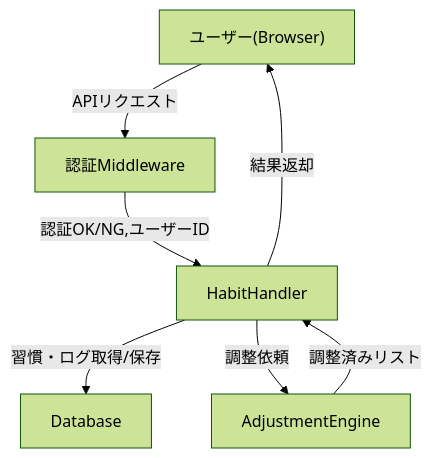
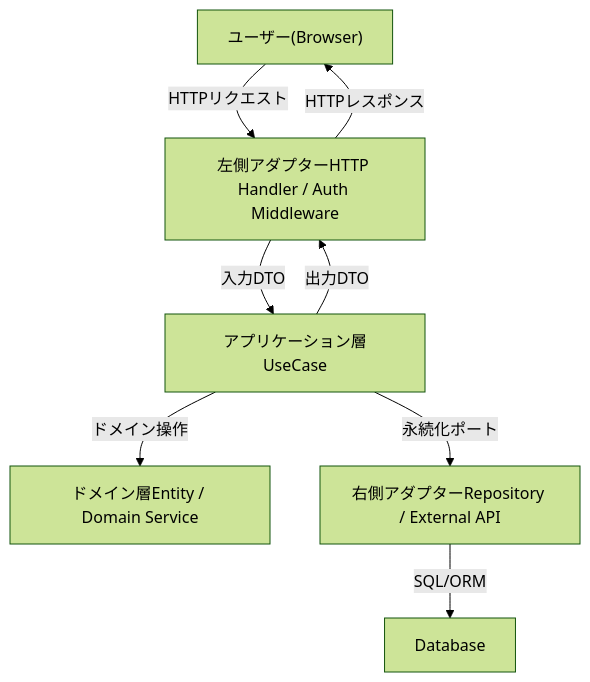
One commit to Moku3956/daily-routine changed the diagram in docs/architecture.md. Above: the diagram before and after it, drawn with Mermaid (forest theme). The commit also changed other lines of this file and 8 other files, not shown here.

````diff
--- a/docs/architecture.md
+++ b/docs/architecture.md
@@ -18,15 +17,17 @@
 ```mermaid
 graph TD
     User["ユーザー(Browser)"]
-    Auth["認証Middleware"]
-    Handler["HabitHandler"]
-    Engine["AdjustmentEngine"]
+    L["左側アダプターHTTP Handler / Auth Middleware"]
+    U["アプリケーション層UseCase"]
+    D["ドメイン層Entity / Domain Service"]
+    R["右側アダプターRepository / External API"]
     DB["Database"]
 
-    User-->|APIリクエスト|Auth
-    Auth-->|認証OK/NG,ユーザーID|Handler
-    Handler-->|習慣・ログ取得/保存|DB
-    Handler-->|調整依頼|Engine
-    Engine-->|調整済みリスト|Handler
-    Handler-->|結果返却|User
+    User-->|HTTPリクエスト|L
+    L-->|入力DTO|U
+    U-->|ドメイン操作|D
+    U-->|永続化ポート|R
+    R-->|SQL/ORM|DB
+    U-->|出力DTO|L
+    L-->|HTTPレスポンス|User
 ```
````
